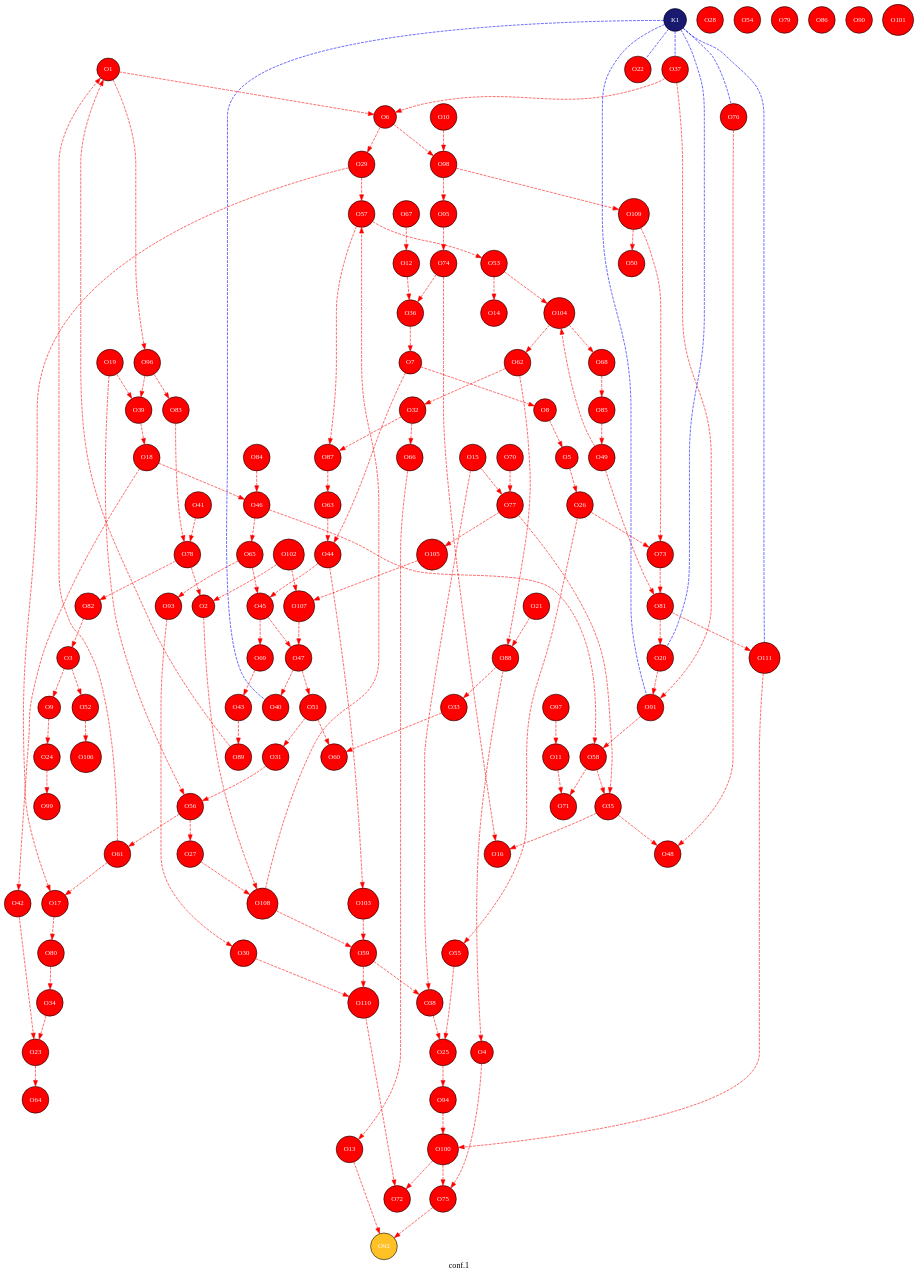
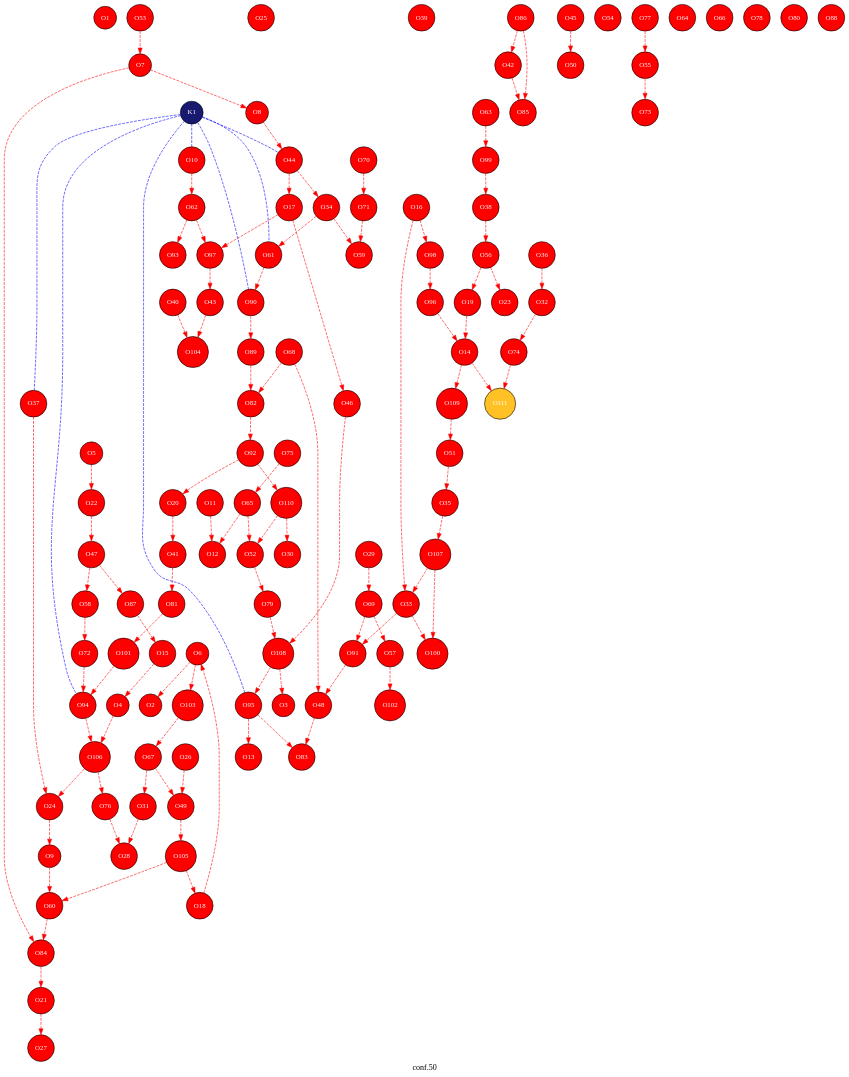
The diagram in traj2/traj2_conf.gv (JelleLagerweij/check_sana), drawn with Graphviz before and after one commit. The commit also changed 418 other files, not shown here.

```diff
--- a/traj2/traj2_conf.gv
+++ b/traj2/traj2_conf.gv
@@ -1,5 +1,5 @@
 digraph G {
-label="conf.1 ";
+label="conf.50 ";
 node [style=filled];
 graph [bgcolor=transparent];
 node [shape = circle, fontsize=12];
@@ -94,7 +94,7 @@
 "O89"[fillcolor=red, fontcolor=white, fontname="Times", label="O89"];
 "O90"[fillcolor=red, fontcolor=white, fontname="Times", label="O90"];
 "O91"[fillcolor=red, fontcolor=white, fontname="Times", label="O91"];
-"O92"[fillcolor=goldenrod1, fontcolor=white, fontname="Times", label="O92"];
+"O92"[fillcolor=red, fontcolor=white, fontname="Times", label="O92"];
 "O93"[fillcolor=red, fontcolor=white, fontname="Times", label="O93"];
 "O94"[fillcolor=red, fontcolor=white, fontname="Times", label="O94"];
 "O95"[fillcolor=red, fontcolor=white, fontname="Times", label="O95"];
@@ -113,143 +113,120 @@
 "O108"[fillcolor=red, fontcolor=white, fontname="Times", label="O108"];
 "O109"[fillcolor=red, fontcolor=white, fontname="Times", label="O109"];
 "O110"[fillcolor=red, fontcolor=white, fontname="Times", label="O110"];
-"O111"[fillcolor=red, fontcolor=white, fontname="Times", label="O111"];
+"O111"[fillcolor=goldenrod1, fontcolor=white, fontname="Times", label="O111"];
 "K1"[fillcolor=midnightblue, fontcolor=white, fontname="Times", label="K1"];
-"O1"->"O6"[fontcolor=red, color=red , style=dashed];
-"O61"->"O1"[fontcolor=red, color=red , style=dashed];
-"O89"->"O1"[fontcolor=red, color=red , style=dashed];
-"O1"->"O96"[fontcolor=red, color=red , style=dashed];
-"O78"->"O2"[fontcolor=red, color=red , style=dashed];
-"O102"->"O2"[fontcolor=red, color=red , style=dashed];
-"O2"->"O108"[fontcolor=red, color=red , style=dashed];
-"O3"->"O9"[fontcolor=red, color=red , style=dashed];
-"O3"->"O52"[fontcolor=red, color=red , style=dashed];
-"O82"->"O3"[fontcolor=red, color=red , style=dashed];
-"O4"->"O75"[fontcolor=red, color=red , style=dashed];
-"O88"->"O4"[fontcolor=red, color=red , style=dashed];
-"O8"->"O5"[fontcolor=red, color=red , style=dashed];
-"O5"->"O26"[fontcolor=red, color=red , style=dashed];
-"O6"->"O29"[fontcolor=red, color=red , style=dashed];
-"O37"->"O6"[fontcolor=red, color=red , style=dashed];
-"O6"->"O98"[fontcolor=red, color=red , style=dashed];
+"O6"->"O2"[fontcolor=red, color=red , style=dashed];
+"O108"->"O3"[fontcolor=red, color=red , style=dashed];
+"O15"->"O4"[fontcolor=red, color=red , style=dashed];
+"O4"->"O106"[fontcolor=red, color=red , style=dashed];
+"O5"->"O22"[fontcolor=red, color=red , style=dashed];
+"O18"->"O6"[fontcolor=red, color=red , style=dashed];
+"O6"->"O103"[fontcolor=red, color=red , style=dashed];
 "O7"->"O8"[fontcolor=red, color=red , style=dashed];
-"O36"->"O7"[fontcolor=red, color=red , style=dashed];
-"O7"->"O44"[fontcolor=red, color=red , style=dashed];
-"O9"->"O24"[fontcolor=red, color=red , style=dashed];
-"O10"->"O98"[fontcolor=red, color=red , style=dashed];
-"O11"->"O71"[fontcolor=red, color=red , style=dashed];
-"O97"->"O11"[fontcolor=red, color=red , style=dashed];
-"O12"->"O36"[fontcolor=red, color=red , style=dashed];
-"O67"->"O12"[fontcolor=red, color=red , style=dashed];
-"O66"->"O13"[fontcolor=red, color=red , style=dashed];
-"O13"->"O92"[fontcolor=red, color=red , style=dashed];
-"O53"->"O14"[fontcolor=red, color=red , style=dashed];
-"O15"->"O38"[fontcolor=red, color=red , style=dashed];
-"O15"->"O77"[fontcolor=red, color=red , style=dashed];
-"O35"->"O16"[fontcolor=red, color=red , style=dashed];
-"O74"->"O16"[fontcolor=red, color=red , style=dashed];
-"O29"->"O17"[fontcolor=red, color=red , style=dashed];
-"O61"->"O17"[fontcolor=red, color=red , style=dashed];
-"O17"->"O80"[fontcolor=red, color=red , style=dashed];
-"O39"->"O18"[fontcolor=red, color=red , style=dashed];
-"O18"->"O42"[fontcolor=red, color=red , style=dashed];
-"O18"->"O46"[fontcolor=red, color=red , style=dashed];
-"O19"->"O39"[fontcolor=red, color=red , style=dashed];
-"O19"->"O56"[fontcolor=red, color=red , style=dashed];
-"O81"->"O20"[fontcolor=red, color=red , style=dashed];
-"O20"->"O91"[fontcolor=red, color=red , style=dashed];
-"O21"->"O88"[fontcolor=red, color=red , style=dashed];
-"O34"->"O23"[fontcolor=red, color=red , style=dashed];
-"O42"->"O23"[fontcolor=red, color=red , style=dashed];
-"O23"->"O64"[fontcolor=red, color=red , style=dashed];
-"O24"->"O99"[fontcolor=red, color=red , style=dashed];
-"O38"->"O25"[fontcolor=red, color=red , style=dashed];
-"O55"->"O25"[fontcolor=red, color=red , style=dashed];
-"O25"->"O94"[fontcolor=red, color=red , style=dashed];
-"O26"->"O55"[fontcolor=red, color=red , style=dashed];
-"O26"->"O73"[fontcolor=red, color=red , style=dashed];
-"O56"->"O27"[fontcolor=red, color=red , style=dashed];
-"O27"->"O108"[fontcolor=red, color=red , style=dashed];
-"O29"->"O57"[fontcolor=red, color=red , style=dashed];
-"O93"->"O30"[fontcolor=red, color=red , style=dashed];
-"O30"->"O110"[fontcolor=red, color=red , style=dashed];
-"O51"->"O31"[fontcolor=red, color=red , style=dashed];
-"O31"->"O56"[fontcolor=red, color=red , style=dashed];
-"O62"->"O32"[fontcolor=red, color=red , style=dashed];
-"O32"->"O66"[fontcolor=red, color=red , style=dashed];
-"O32"->"O87"[fontcolor=red, color=red , style=dashed];
-"O33"->"O60"[fontcolor=red, color=red , style=dashed];
-"O88"->"O33"[fontcolor=red, color=red , style=dashed];
-"O80"->"O34"[fontcolor=red, color=red , style=dashed];
-"O35"->"O48"[fontcolor=red, color=red , style=dashed];
-"O58"->"O35"[fontcolor=red, color=red , style=dashed];
-"O77"->"O35"[fontcolor=red, color=red , style=dashed];
-"O74"->"O36"[fontcolor=red, color=red , style=dashed];
-"O37"->"O91"[fontcolor=red, color=red , style=dashed];
-"O59"->"O38"[fontcolor=red, color=red , style=dashed];
-"O96"->"O39"[fontcolor=red, color=red , style=dashed];
-"O47"->"O40"[fontcolor=red, color=red , style=dashed];
-"O41"->"O78"[fontcolor=red, color=red , style=dashed];
-"O69"->"O43"[fontcolor=red, color=red , style=dashed];
-"O43"->"O89"[fontcolor=red, color=red , style=dashed];
-"O44"->"O45"[fontcolor=red, color=red , style=dashed];
-"O63"->"O44"[fontcolor=red, color=red , style=dashed];
-"O44"->"O103"[fontcolor=red, color=red , style=dashed];
-"O45"->"O47"[fontcolor=red, color=red , style=dashed];
-"O65"->"O45"[fontcolor=red, color=red , style=dashed];
-"O45"->"O69"[fontcolor=red, color=red , style=dashed];
-"O46"->"O58"[fontcolor=red, color=red , style=dashed];
-"O46"->"O65"[fontcolor=red, color=red , style=dashed];
-"O84"->"O46"[fontcolor=red, color=red , style=dashed];
-"O47"->"O51"[fontcolor=red, color=red , style=dashed];
-"O107"->"O47"[fontcolor=red, color=red , style=dashed];
-"O76"->"O48"[fontcolor=red, color=red , style=dashed];
-"O49"->"O81"[fontcolor=red, color=red , style=dashed];
-"O85"->"O49"[fontcolor=red, color=red , style=dashed];
-"O49"->"O104"[fontcolor=red, color=red , style=dashed];
-"O109"->"O50"[fontcolor=red, color=red , style=dashed];
-"O51"->"O60"[fontcolor=red, color=red , style=dashed];
-"O52"->"O106"[fontcolor=red, color=red , style=dashed];
-"O57"->"O53"[fontcolor=red, color=red , style=dashed];
-"O53"->"O104"[fontcolor=red, color=red , style=dashed];
-"O56"->"O61"[fontcolor=red, color=red , style=dashed];
-"O57"->"O87"[fontcolor=red, color=red , style=dashed];
-"O108"->"O57"[fontcolor=red, color=red , style=dashed];
-"O58"->"O71"[fontcolor=red, color=red , style=dashed];
-"O91"->"O58"[fontcolor=red, color=red , style=dashed];
-"O103"->"O59"[fontcolor=red, color=red , style=dashed];
-"O108"->"O59"[fontcolor=red, color=red , style=dashed];
-"O59"->"O110"[fontcolor=red, color=red , style=dashed];
-"O62"->"O88"[fontcolor=red, color=red , style=dashed];
-"O104"->"O62"[fontcolor=red, color=red , style=dashed];
-"O87"->"O63"[fontcolor=red, color=red , style=dashed];
-"O65"->"O93"[fontcolor=red, color=red , style=dashed];
-"O68"->"O85"[fontcolor=red, color=red , style=dashed];
-"O104"->"O68"[fontcolor=red, color=red , style=dashed];
-"O70"->"O77"[fontcolor=red, color=red , style=dashed];
-"O100"->"O72"[fontcolor=red, color=red , style=dashed];
-"O110"->"O72"[fontcolor=red, color=red , style=dashed];
-"O73"->"O81"[fontcolor=red, color=red , style=dashed];
-"O109"->"O73"[fontcolor=red, color=red , style=dashed];
-"O95"->"O74"[fontcolor=red, color=red , style=dashed];
-"O75"->"O92"[fontcolor=red, color=red , style=dashed];
-"O100"->"O75"[fontcolor=red, color=red , style=dashed];
-"O77"->"O105"[fontcolor=red, color=red , style=dashed];
-"O78"->"O82"[fontcolor=red, color=red , style=dashed];
-"O83"->"O78"[fontcolor=red, color=red , style=dashed];
-"O81"->"O111"[fontcolor=red, color=red , style=dashed];
-"O96"->"O83"[fontcolor=red, color=red , style=dashed];
-"O94"->"O100"[fontcolor=red, color=red , style=dashed];
-"O98"->"O95"[fontcolor=red, color=red , style=dashed];
-"O98"->"O109"[fontcolor=red, color=red , style=dashed];
-"O111"->"O100"[fontcolor=red, color=red , style=dashed];
-"O102"->"O107"[fontcolor=red, color=red , style=dashed];
-"O105"->"O107"[fontcolor=red, color=red , style=dashed];
-"K1"->"O20"[dir=none, color=blue, nodesep=0.5,style=dashed];
-"K1"->"O22"[dir=none, color=blue, nodesep=0.5,style=dashed];
+"O53"->"O7"[fontcolor=red, color=red , style=dashed];
+"O7"->"O84"[fontcolor=red, color=red , style=dashed];
+"O8"->"O44"[fontcolor=red, color=red , style=dashed];
+"O24"->"O9"[fontcolor=red, color=red , style=dashed];
+"O9"->"O60"[fontcolor=red, color=red , style=dashed];
+"O10"->"O62"[fontcolor=red, color=red , style=dashed];
+"O11"->"O12"[fontcolor=red, color=red , style=dashed];
+"O65"->"O12"[fontcolor=red, color=red , style=dashed];
+"O95"->"O13"[fontcolor=red, color=red , style=dashed];
+"O19"->"O14"[fontcolor=red, color=red , style=dashed];
+"O96"->"O14"[fontcolor=red, color=red , style=dashed];
+"O14"->"O109"[fontcolor=red, color=red , style=dashed];
+"O14"->"O111"[fontcolor=red, color=red , style=dashed];
+"O87"->"O15"[fontcolor=red, color=red , style=dashed];
+"O16"->"O33"[fontcolor=red, color=red , style=dashed];
+"O16"->"O98"[fontcolor=red, color=red , style=dashed];
+"O44"->"O17"[fontcolor=red, color=red , style=dashed];
+"O17"->"O46"[fontcolor=red, color=red , style=dashed];
+"O17"->"O97"[fontcolor=red, color=red , style=dashed];
+"O105"->"O18"[fontcolor=red, color=red , style=dashed];
+"O56"->"O19"[fontcolor=red, color=red , style=dashed];
+"O20"->"O41"[fontcolor=red, color=red , style=dashed];
+"O92"->"O20"[fontcolor=red, color=red , style=dashed];
+"O21"->"O27"[fontcolor=red, color=red , style=dashed];
+"O84"->"O21"[fontcolor=red, color=red , style=dashed];
+"O22"->"O47"[fontcolor=red, color=red , style=dashed];
+"O56"->"O23"[fontcolor=red, color=red , style=dashed];
+"O37"->"O24"[fontcolor=red, color=red , style=dashed];
+"O106"->"O24"[fontcolor=red, color=red , style=dashed];
+"O26"->"O49"[fontcolor=red, color=red , style=dashed];
+"O31"->"O28"[fontcolor=red, color=red , style=dashed];
+"O76"->"O28"[fontcolor=red, color=red , style=dashed];
+"O29"->"O69"[fontcolor=red, color=red , style=dashed];
+"O110"->"O30"[fontcolor=red, color=red , style=dashed];
+"O67"->"O31"[fontcolor=red, color=red , style=dashed];
+"O36"->"O32"[fontcolor=red, color=red , style=dashed];
+"O32"->"O74"[fontcolor=red, color=red , style=dashed];
+"O33"->"O91"[fontcolor=red, color=red , style=dashed];
+"O33"->"O100"[fontcolor=red, color=red , style=dashed];
+"O107"->"O33"[fontcolor=red, color=red , style=dashed];
+"O44"->"O34"[fontcolor=red, color=red , style=dashed];
+"O34"->"O59"[fontcolor=red, color=red , style=dashed];
+"O34"->"O61"[fontcolor=red, color=red , style=dashed];
+"O51"->"O35"[fontcolor=red, color=red , style=dashed];
+"O35"->"O107"[fontcolor=red, color=red , style=dashed];
+"O38"->"O56"[fontcolor=red, color=red , style=dashed];
+"O99"->"O38"[fontcolor=red, color=red , style=dashed];
+"O40"->"O104"[fontcolor=red, color=red , style=dashed];
+"O41"->"O81"[fontcolor=red, color=red , style=dashed];
+"O42"->"O85"[fontcolor=red, color=red , style=dashed];
+"O86"->"O42"[fontcolor=red, color=red , style=dashed];
+"O97"->"O43"[fontcolor=red, color=red , style=dashed];
+"O43"->"O104"[fontcolor=red, color=red , style=dashed];
+"O45"->"O50"[fontcolor=red, color=red , style=dashed];
+"O46"->"O108"[fontcolor=red, color=red , style=dashed];
+"O47"->"O58"[fontcolor=red, color=red , style=dashed];
+"O47"->"O87"[fontcolor=red, color=red , style=dashed];
+"O68"->"O48"[fontcolor=red, color=red , style=dashed];
+"O48"->"O83"[fontcolor=red, color=red , style=dashed];
+"O91"->"O48"[fontcolor=red, color=red , style=dashed];
+"O67"->"O49"[fontcolor=red, color=red , style=dashed];
+"O49"->"O105"[fontcolor=red, color=red , style=dashed];
+"O109"->"O51"[fontcolor=red, color=red , style=dashed];
+"O65"->"O52"[fontcolor=red, color=red , style=dashed];
+"O52"->"O79"[fontcolor=red, color=red , style=dashed];
+"O110"->"O52"[fontcolor=red, color=red , style=dashed];
+"O55"->"O73"[fontcolor=red, color=red , style=dashed];
+"O77"->"O55"[fontcolor=red, color=red , style=dashed];
+"O69"->"O57"[fontcolor=red, color=red , style=dashed];
+"O57"->"O102"[fontcolor=red, color=red , style=dashed];
+"O58"->"O72"[fontcolor=red, color=red , style=dashed];
+"O71"->"O59"[fontcolor=red, color=red , style=dashed];
+"O60"->"O84"[fontcolor=red, color=red , style=dashed];
+"O105"->"O60"[fontcolor=red, color=red , style=dashed];
+"O61"->"O90"[fontcolor=red, color=red , style=dashed];
+"O62"->"O93"[fontcolor=red, color=red , style=dashed];
+"O62"->"O97"[fontcolor=red, color=red , style=dashed];
+"O63"->"O99"[fontcolor=red, color=red , style=dashed];
+"O75"->"O65"[fontcolor=red, color=red , style=dashed];
+"O103"->"O67"[fontcolor=red, color=red , style=dashed];
+"O68"->"O82"[fontcolor=red, color=red , style=dashed];
+"O69"->"O91"[fontcolor=red, color=red , style=dashed];
+"O70"->"O71"[fontcolor=red, color=red , style=dashed];
+"O72"->"O94"[fontcolor=red, color=red , style=dashed];
+"O74"->"O111"[fontcolor=red, color=red , style=dashed];
+"O106"->"O76"[fontcolor=red, color=red , style=dashed];
+"O79"->"O108"[fontcolor=red, color=red , style=dashed];
+"O81"->"O101"[fontcolor=red, color=red , style=dashed];
+"O89"->"O82"[fontcolor=red, color=red , style=dashed];
+"O82"->"O92"[fontcolor=red, color=red , style=dashed];
+"O95"->"O83"[fontcolor=red, color=red , style=dashed];
+"O86"->"O85"[fontcolor=red, color=red , style=dashed];
+"O90"->"O89"[fontcolor=red, color=red , style=dashed];
+"O92"->"O110"[fontcolor=red, color=red , style=dashed];
+"O101"->"O94"[fontcolor=red, color=red , style=dashed];
+"O94"->"O106"[fontcolor=red, color=red , style=dashed];
+"O108"->"O95"[fontcolor=red, color=red , style=dashed];
+"O98"->"O96"[fontcolor=red, color=red , style=dashed];
+"O107"->"O100"[fontcolor=red, color=red , style=dashed];
+"K1"->"O10"[dir=none, color=blue, nodesep=0.5,style=dashed];
 "K1"->"O37"[dir=none, color=blue, nodesep=0.5,style=dashed];
-"K1"->"O40"[dir=none, color=blue, nodesep=0.5,style=dashed];
-"K1"->"O76"[dir=none, color=blue, nodesep=0.5,style=dashed];
-"K1"->"O91"[dir=none, color=blue, nodesep=0.5,style=dashed];
-"K1"->"O111"[dir=none, color=blue, nodesep=0.5,style=dashed];
+"K1"->"O44"[dir=none, color=blue, nodesep=0.5,style=dashed];
+"K1"->"O61"[dir=none, color=blue, nodesep=0.5,style=dashed];
+"K1"->"O90"[dir=none, color=blue, nodesep=0.5,style=dashed];
+"K1"->"O94"[dir=none, color=blue, nodesep=0.5,style=dashed];
+"K1"->"O95"[dir=none, color=blue, nodesep=0.5,style=dashed];
 }
```
